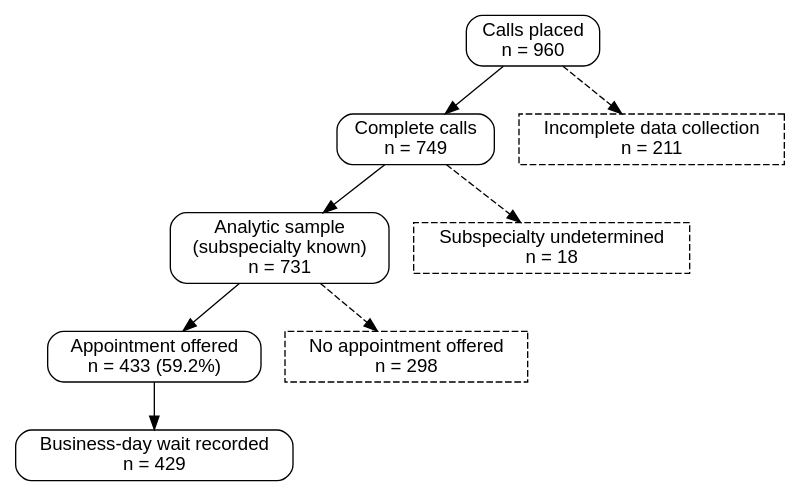
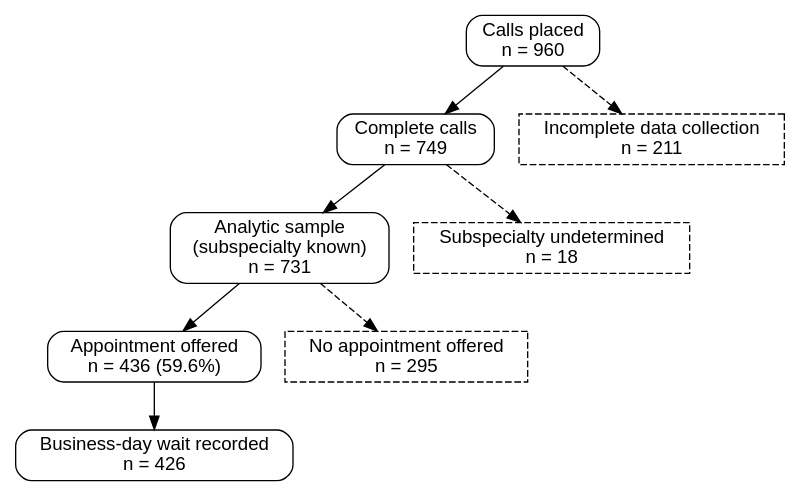
The diagram in model_output/strobe_flow.dot (mufflyt/grace-ent), drawn with Graphviz before and after one commit. The commit also changed 39 other files, not shown here.

```diff
--- a/model_output/strobe_flow.dot
+++ b/model_output/strobe_flow.dot
@@ -1,13 +1,13 @@
 digraph strobe {
   rankdir=TB; node [shape=box, style=rounded, fontname="Helvetica"];
   a [label="Calls placed\nn = 960"];
   b [label="Complete calls\nn = 749"];
   c [label="Analytic sample\n(subspecialty known)\nn = 731"];
-  e [label="Appointment offered\nn = 433 (59.2%)"];
-  f [label="Business-day wait recorded\nn = 429"];
+  e [label="Appointment offered\nn = 436 (59.6%)"];
+  f [label="Business-day wait recorded\nn = 426"];
   xa [shape=box, style=dashed, label="Incomplete data collection\nn = 211"];
   xb [shape=box, style=dashed, label="Subspecialty undetermined\nn = 18"];
-  xe [shape=box, style=dashed, label="No appointment offered\nn = 298"];
+  xe [shape=box, style=dashed, label="No appointment offered\nn = 295"];
   a -> b; b -> c; c -> e; e -> f;
   a -> xa [style=dashed]; b -> xb [style=dashed]; c -> xe [style=dashed];
 }
```
